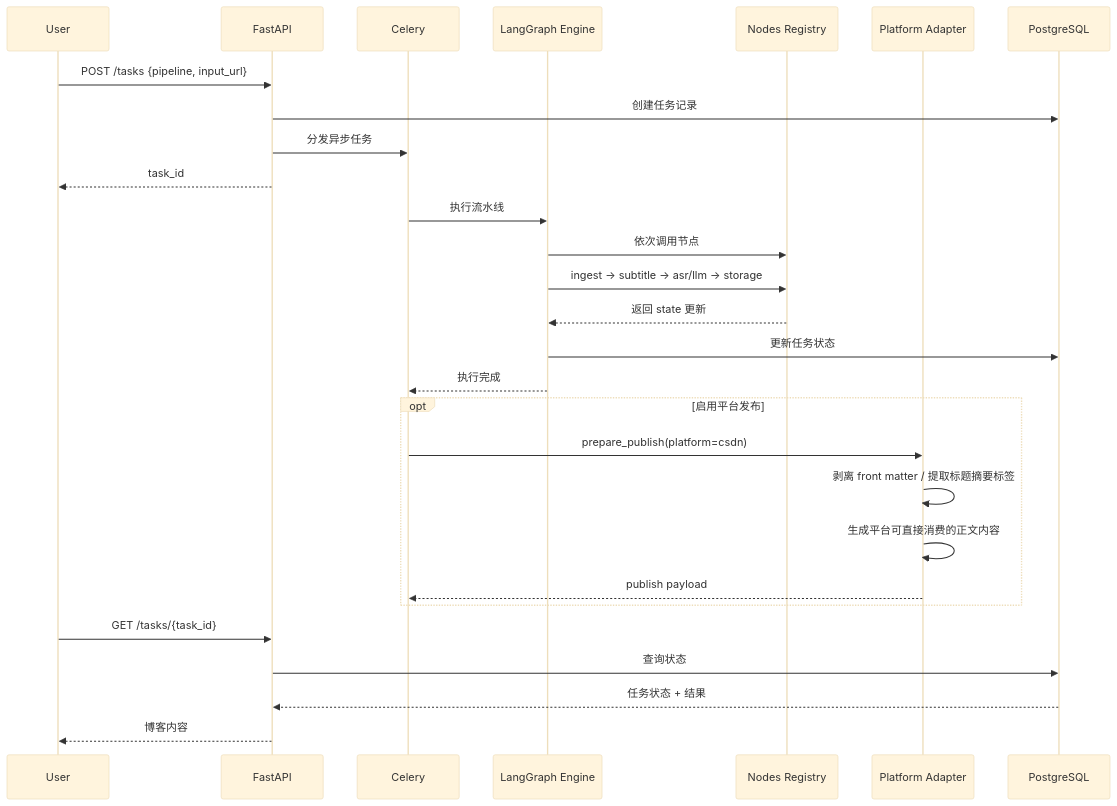
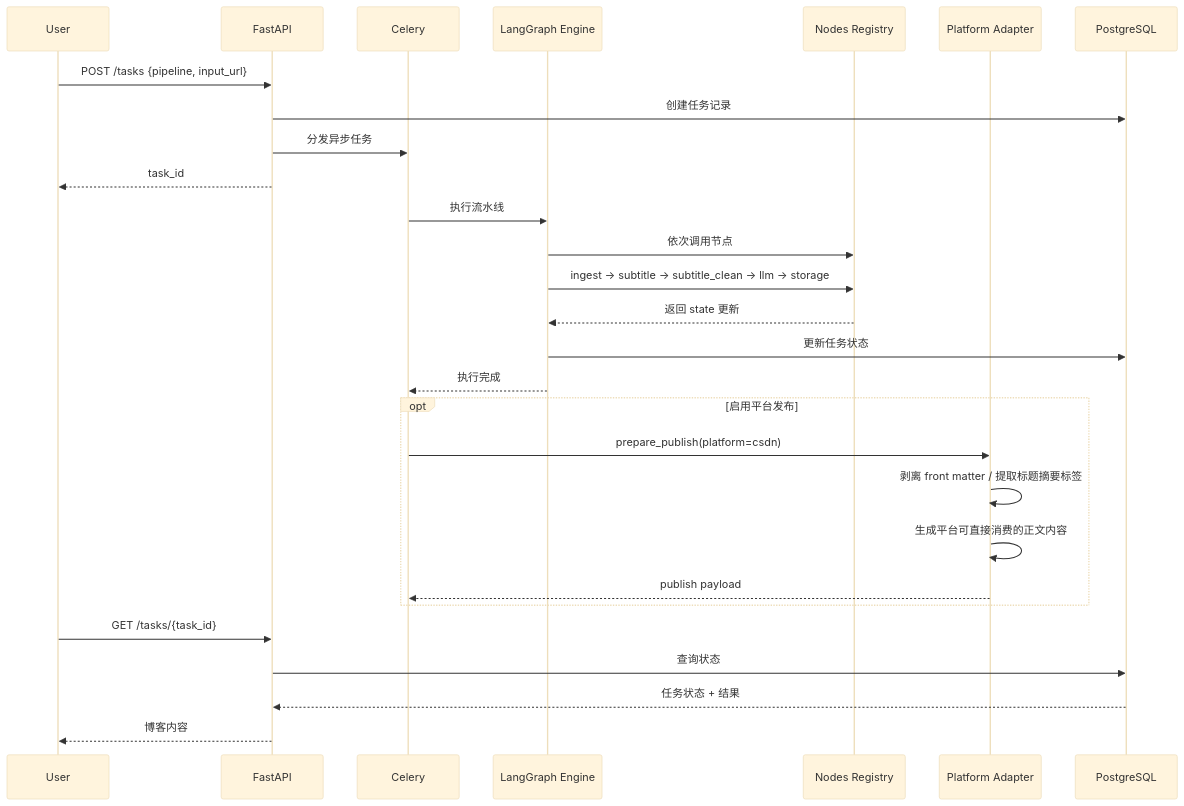
Before and after one commit to liaowo6508-glitch/Video_TO_Blog: the second of 6 diagrams in AI_talking_about.md, drawn with Mermaid (base theme). The commit also changed other lines of this file and 17 other files, not shown here.

````diff
--- a/AI_talking_about.md
+++ b/AI_talking_about.md
@@ -83,34 +78,34 @@
 ```mermaid
 sequenceDiagram
     participant User
     participant API as FastAPI
     participant Scheduler as Celery
     participant Engine as LangGraph Engine
     participant Nodes as Nodes Registry
     participant Adapter as Platform Adapter
     participant Storage as PostgreSQL
 
     User->>API: POST /tasks {pipeline, input_url}
     API->>Storage: 创建任务记录
     API->>Scheduler: 分发异步任务
     API-->>User: task_id
 
     Scheduler->>Engine: 执行流水线
     Engine->>Nodes: 依次调用节点
-    Engine->>Nodes: ingest → subtitle → asr/llm → storage
+    Engine->>Nodes: ingest → subtitle → subtitle_clean → llm → storage
     Nodes-->>Engine: 返回 state 更新
     Engine->>Storage: 更新任务状态
     Engine-->>Scheduler: 执行完成
 
     opt 启用平台发布
         Scheduler->>Adapter: prepare_publish(platform=csdn)
         Adapter->>Adapter: 剥离 front matter / 提取标题摘要标签
         Adapter->>Adapter: 生成平台可直接消费的正文内容
         Adapter-->>Scheduler: publish payload
     end
 
     User->>API: GET /tasks/{task_id}
     API->>Storage: 查询状态
     Storage-->>API: 任务状态 + 结果
     API-->>User: 博客内容
 ```
````
